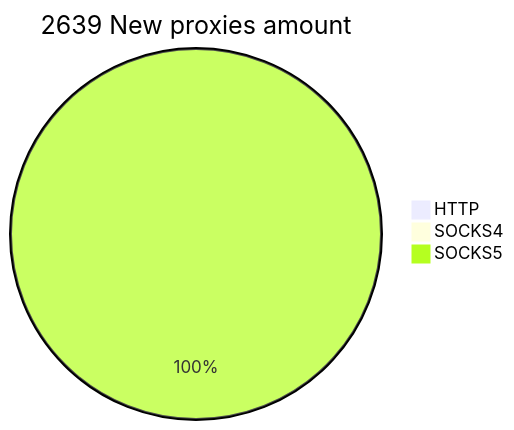
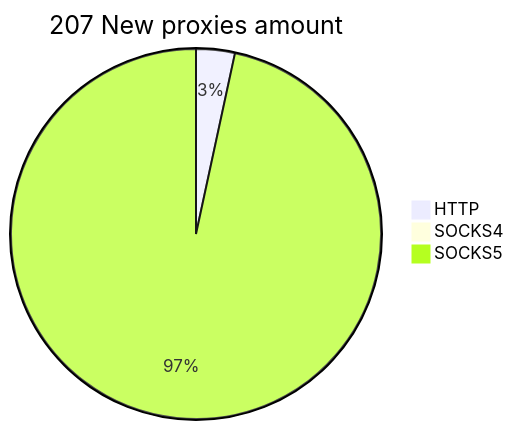
The second of 2 diagrams in README.md (cutipu/proxylist), drawn with Mermaid before and after one commit. The commit also changed other lines of this file, not shown here.

````diff
--- a/README.md
+++ b/README.md
@@ -10,6 +10,6 @@
 ```mermaid
-pie title 2639 New proxies amount
-    "HTTP" : 0
-    "SOCKS4" : 1
-    "SOCKS5" : 2638
+pie title 207 New proxies amount
+    "HTTP" : 7
+    "SOCKS4" : 0
+    "SOCKS5" : 200
 ```
````
